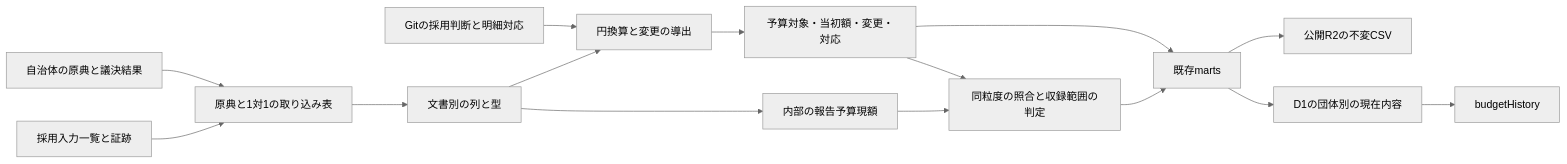
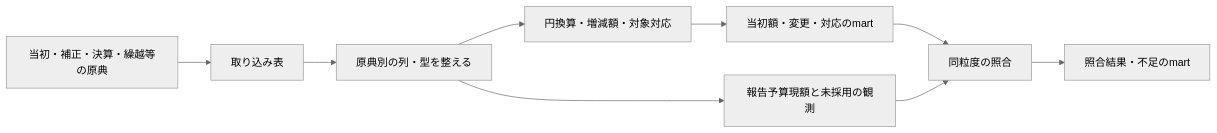
Before and after one commit to wwwyo/fudoki: the diagram in docs/prd/fiscal-budget-history/design-doc.md, drawn with Mermaid (neutral theme). The commit also changed other lines of this file and 1 other file, not shown here.

Commit message:
docs: focus budget history design on ingestion and mart generation

````diff
--- a/docs/prd/fiscal-budget-history/design-doc.md
+++ b/docs/prd/fiscal-budget-history/design-doc.md
@@ -20,17 +18,11 @@
 ```mermaid
 flowchart LR
-    official[自治体の原典と議決結果] --> raw[原典と1対1の取り込み表]
-    lock[採用入力一覧と証跡] --> raw
-    raw --> staging[文書別の列と型]
-    decisions[Gitの採用判断と明細対応] --> middle[円換算と変更の導出]
-    staging --> middle
-    middle --> history[予算対象・当初額・変更・対応]
-    staging --> reported[内部の報告予算現額]
-    history --> check[同粒度の照合と収録範囲の判定]
+    origin[当初・補正・決算・繰越等の原典] --> raw[取り込み表]
+    raw --> staging[原典別の列・型を整える]
+    staging --> middle[円換算・増減額・対象対応]
+    middle --> marts[当初額・変更・対応のmart]
+    staging --> reported[報告予算現額と未採用の観測]
+    marts --> check[同粒度の照合]
     reported --> check
-    history --> marts[既存marts]
-    check --> marts
-    marts --> csv[公開R2の不変CSV]
-    marts --> d1[D1の団体別の現在内容]
-    d1 --> api[budgetHistory]
+    check --> result[照合結果・不足のmart]
 ```
````
